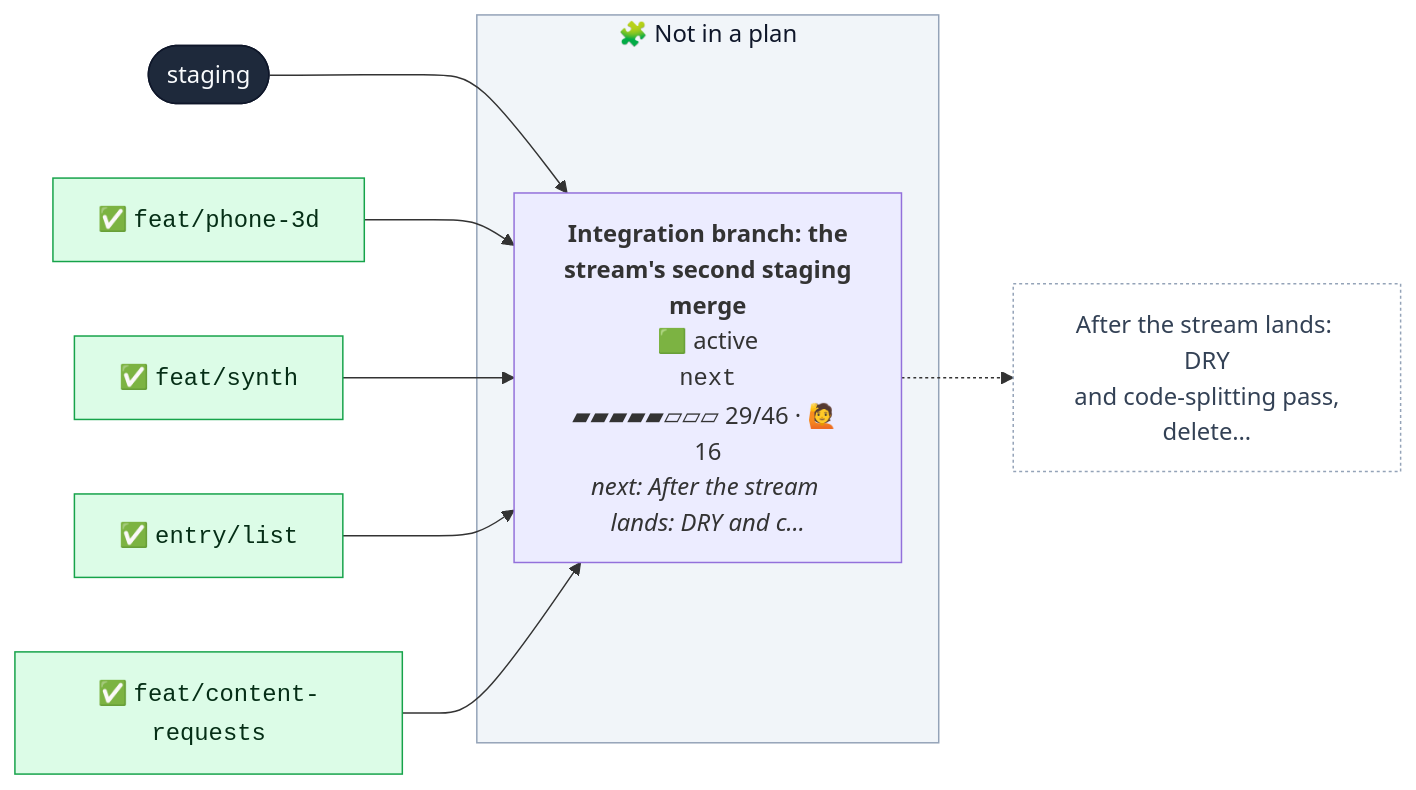
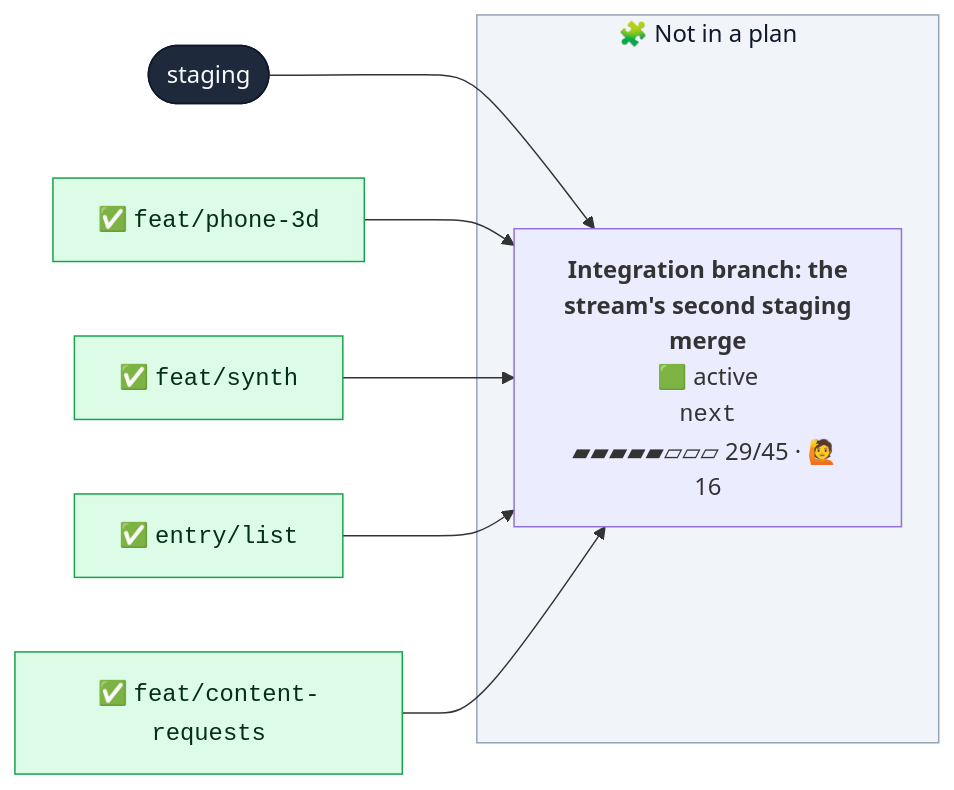
The first of 2 diagrams in CONTRIBUTING.md (henryjonescodes/portfolio), drawn with Mermaid before and after one commit. The commit also changed other lines of this file, not shown here.

````diff
--- a/CONTRIBUTING.md
+++ b/CONTRIBUTING.md
@@ -16,35 +16,32 @@
 ```mermaid
 flowchart LR
   n_staging([staging])
   class n_staging trunk
   subgraph loose["🧩 Not in a plan"]
-    n_next["<b>Integration branch: the<br/>stream's second staging<br/>merge</b><br/>🟩 active<br/><code>next</code><br/>▰▰▰▰▰▱▱▱ 29/46 · 🙋 16<br/><i>next: After the stream lands: DRY and c…</i>"]
+    n_next["<b>Integration branch: the<br/>stream's second staging<br/>merge</b><br/>🟩 active<br/><code>next</code><br/>▰▰▰▰▰▱▱▱ 29/45 · 🙋 16"]
     class n_next active,current
   end
   style loose fill:#f1f5f9,stroke:#94a3b8,color:#0f172a
   n_staging --> n_next
   n_next_m0["✅ <code>feat/phone-3d</code>"]
   class n_next_m0 merged
   n_next_m0 --> n_next
   n_next_m1["✅ <code>feat/synth</code>"]
   class n_next_m1 merged
   n_next_m1 --> n_next
   n_next_m2["✅ <code>entry/list</code>"]
   class n_next_m2 merged
   n_next_m2 --> n_next
   n_next_m3["✅ <code>feat/content-requests</code>"]
   class n_next_m3 merged
   n_next_m3 --> n_next
-  n_next_t0["After the stream lands: DRY<br/>and code-splitting pass,<br/>delete…"]
-  class n_next_t0 todo
-  n_next -.-> n_next_t0
   classDef merged fill:#dcfce7,stroke:#16a34a,color:#052e16
   classDef todo fill:#ffffff,stroke:#94a3b8,stroke-dasharray:2 2,color:#334155
   classDef planned fill:#c7d2fe,stroke:#4f46e5,color:#1e1b4b
   classDef sketched fill:#f8fafc,stroke:#64748b,stroke-dasharray:4 3,color:#334155
   classDef active fill:#bbf7d0,stroke:#16a34a,stroke-width:3px,color:#052e16
   classDef review fill:#fde68a,stroke:#d97706,stroke-width:3px,color:#451a03
   classDef blocked fill:#fecaca,stroke:#dc2626,stroke-width:3px,color:#450a0a
   classDef trunk fill:#1e293b,stroke:#0f172a,color:#f8fafc
   classDef current stroke:#0ea5e9,stroke-width:5px
 ```
````
